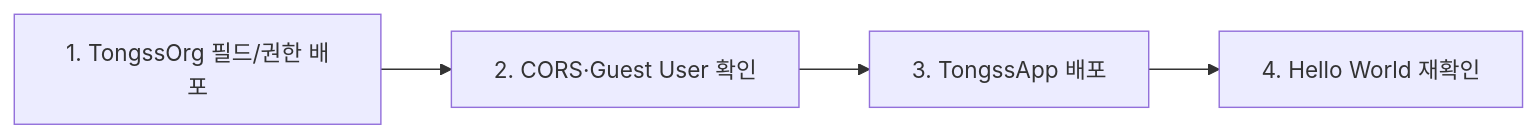
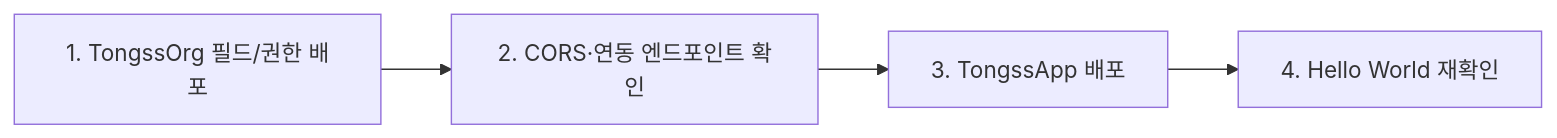
Before and after one commit to sara6ang/project-starter: the diagram in integration-lead/docs/05_DEPLOYMENT_FLOW.md, drawn with Mermaid. The commit also changed other lines of this file and 22 other files, not shown here.

````diff
--- a/integration-lead/docs/05_DEPLOYMENT_FLOW.md
+++ b/integration-lead/docs/05_DEPLOYMENT_FLOW.md
@@ -9,4 +9,4 @@
 ```mermaid
 flowchart LR
-    A["1. TongssOrg 필드/권한 배포"] --> B["2. CORS·Guest User 확인"] --> C["3. TongssApp 배포"] --> D["4. Hello World 재확인"]
+    A["1. TongssOrg 필드/권한 배포"] --> B["2. CORS·연동 엔드포인트 확인"] --> C["3. TongssApp 배포"] --> D["4. Hello World 재확인"]
 ```
````
